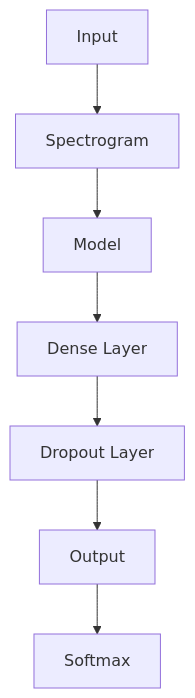
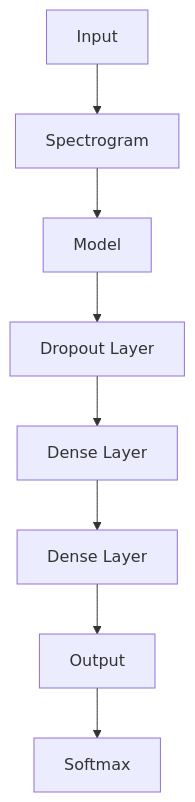
The diagram in Model Theory.md (yashpatel-07/cs5661-dsproject-gtzan-music-genre-classification), drawn with Mermaid before and after one commit. The commit also changed other lines of this file, not shown here.

Commit message:
Fix model theory

````diff
--- a/Model Theory.md
+++ b/Model Theory.md
@@ -40,9 +40,10 @@
 ```mermaid
 flowchart TD
     A[Input] --> Spectrogram[Spectrogram]
     Spectrogram --> Model[Model]
-    Model --> Dense[Dense Layer]
-    Dense --> Dropout[Dropout Layer]
-    Dropout --> Output[Output]
+    Model --> Dropout[Dropout Layer]
+    Dropout --> Dense1[Dense Layer]
+    Dense1 --> Dense2[Dense Layer]
+    Dense2 --> Output[Output]
     Output --> Softmax[Softmax]
 ```
````
